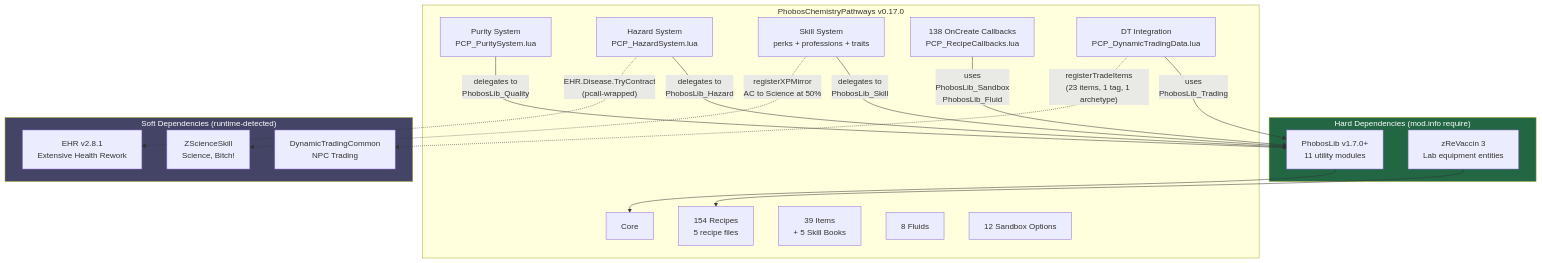
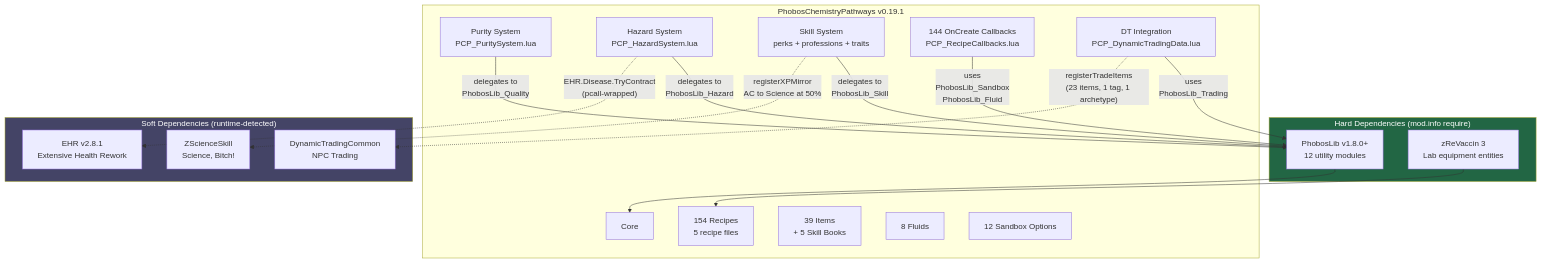
Before and after one commit to phobos-dthorga/mod-pz-chemistry-pathways: the first of 5 diagrams in docs/diagrams/architecture.md, drawn with Mermaid. The commit also changed other lines of this file and 53 other files, not shown here.

````diff
--- a/docs/diagrams/architecture.md
+++ b/docs/diagrams/architecture.md
@@ -7,42 +24,42 @@
 ```mermaid
 graph TB
     subgraph HARD["Hard Dependencies (mod.info require)"]
-        PL["PhobosLib v1.7.0+<br/>11 utility modules"]
+        PL["PhobosLib v1.8.0+<br/>12 utility modules"]
         ZR["zReVaccin 3<br/>Lab equipment entities"]
     end
 
-    subgraph PCP["PhobosChemistryPathways v0.17.0"]
+    subgraph PCP["PhobosChemistryPathways v0.19.1"]
         CORE["Core"]
         REC["154 Recipes<br/>5 recipe files"]
         ITEMS["39 Items<br/>+ 5 Skill Books"]
         FLUIDS["8 Fluids"]
         SB["12 Sandbox Options"]
         PURITY["Purity System<br/>PCP_PuritySystem.lua"]
         HAZARD["Hazard System<br/>PCP_HazardSystem.lua"]
         SKILL["Skill System<br/>perks + professions + traits"]
-        CALLBACKS["138 OnCreate Callbacks<br/>PCP_RecipeCallbacks.lua"]
+        CALLBACKS["144 OnCreate Callbacks<br/>PCP_RecipeCallbacks.lua"]
         TRADING["DT Integration<br/>PCP_DynamicTradingData.lua"]
     end
 
     subgraph SOFT["Soft Dependencies (runtime-detected)"]
         ZSS["ZScienceSkill<br/>Science, Bitch!"]
         EHR["EHR v2.8.1<br/>Extensive Health Rework"]
         DT["DynamicTradingCommon<br/>NPC Trading"]
     end
 
     PL --> CORE
     ZR --> REC
 
     PURITY -->|"delegates to<br/>PhobosLib_Quality"| PL
     HAZARD -->|"delegates to<br/>PhobosLib_Hazard"| PL
     SKILL -->|"delegates to<br/>PhobosLib_Skill"| PL
     CALLBACKS -->|"uses<br/>PhobosLib_Sandbox<br/>PhobosLib_Fluid"| PL
     TRADING -->|"uses<br/>PhobosLib_Trading"| PL
 
     HAZARD -.->|"EHR.Disease.TryContract<br/>(pcall-wrapped)"| EHR
     SKILL -.->|"registerXPMirror<br/>AC to Science at 50%"| ZSS
     TRADING -.->|"registerTradeItems<br/>(23 items, 1 tag, 1 archetype)"| DT
 
     style HARD fill:#264,color:#fff
     style SOFT fill:#446,color:#fff
 ```
````
